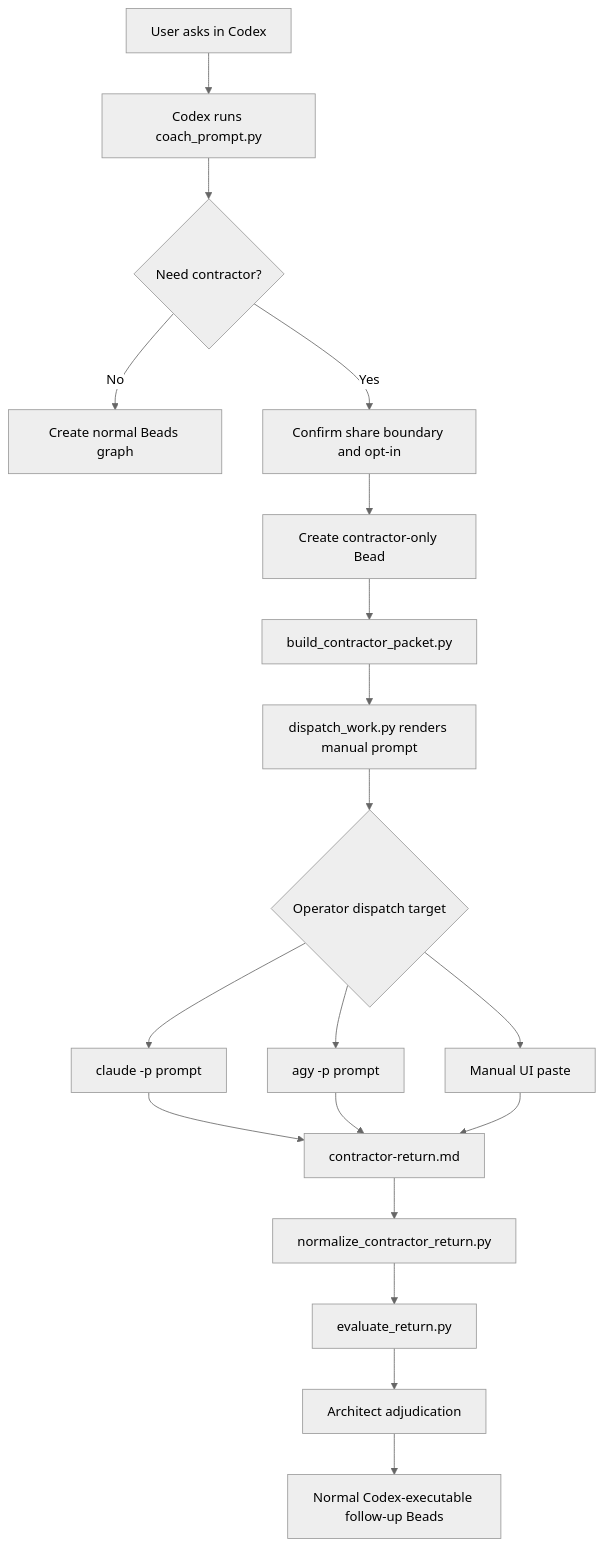
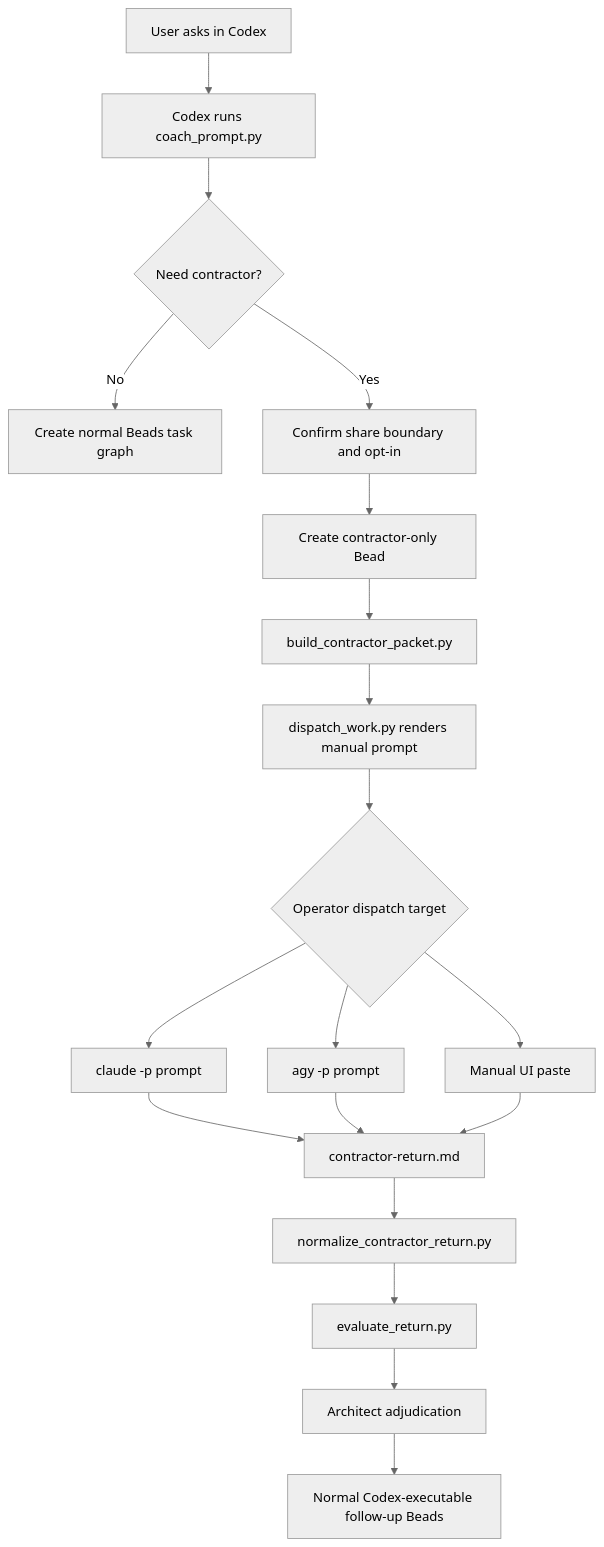
The fifth of 7 diagrams in README.md (gprocunier/complex-work-orchestration), drawn with Mermaid (neutral theme) before and after one commit. The commit also changed other lines of this file and 21 other files, not shown here.

````diff
--- a/README.md
+++ b/README.md
@@ -321,25 +327,25 @@
 ```mermaid
 flowchart TD
     User[User asks in Codex] --> Coach[Codex runs coach_prompt.py]
     Coach --> Plan{Need contractor?}
-    Plan -->|No| Graph[Create normal Beads graph]
+    Plan -->|No| Graph[Create normal Beads task graph]
     Plan -->|Yes| Boundary[Confirm share boundary and opt-in]
 
     Boundary --> Contract[Create contractor-only Bead]
     Contract --> Packet[build_contractor_packet.py]
     Packet --> Prompt[dispatch_work.py renders manual prompt]
 
     Prompt --> Choice{Operator dispatch target}
     Choice --> Claude[claude -p prompt]
     Choice --> Agy[agy -p prompt]
     Choice --> Manual[Manual UI paste]
 
     Claude --> Return[contractor-return.md]
     Agy --> Return
     Manual --> Return
 
     Return --> Normalize[normalize_contractor_return.py]
     Normalize --> Evaluate[evaluate_return.py]
     Evaluate --> Architect[Architect adjudication]
     Architect --> Followup[Normal Codex-executable follow-up Beads]
 ```
````
